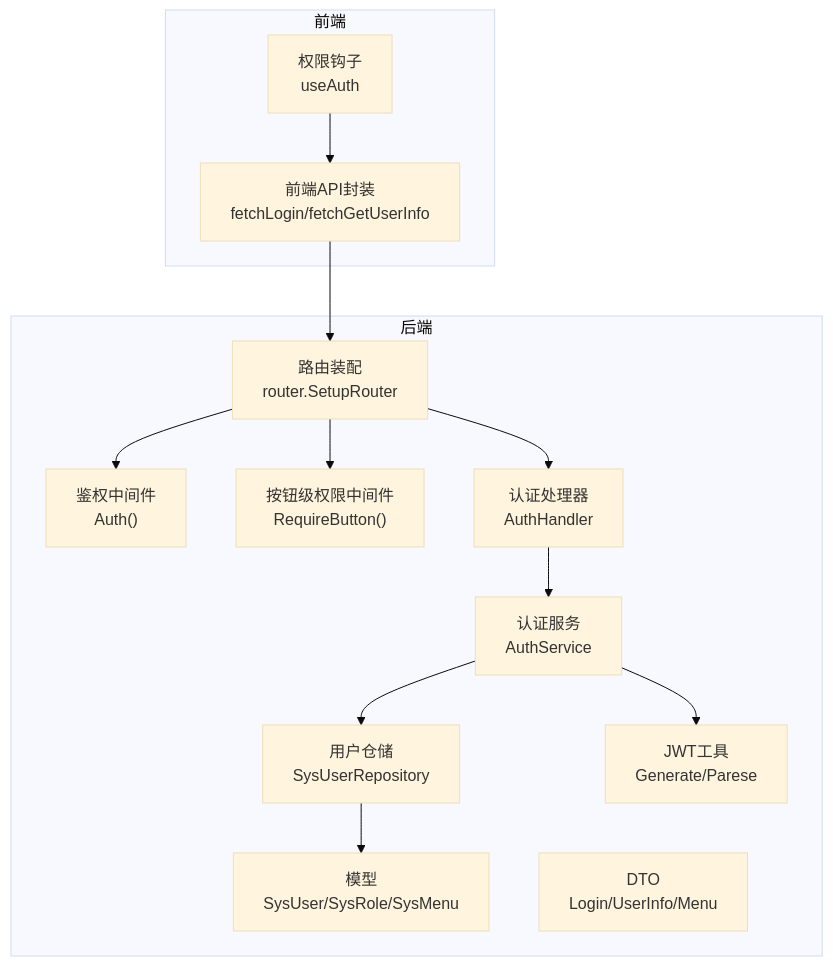
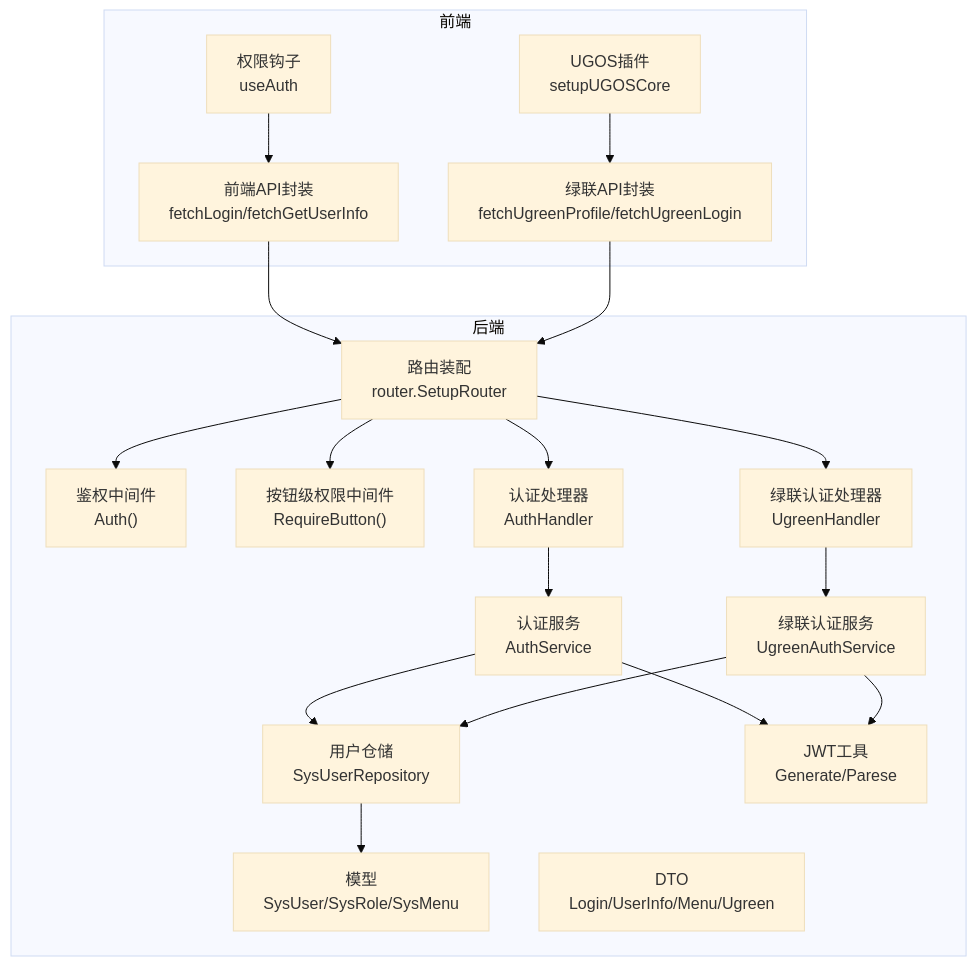
Before and after one commit to knifezred/boread: the first of 7 diagrams in .qoder/repowiki/zh/content/API接口文档/认证授权API.md, drawn with Mermaid (base theme). The commit also changed other lines of this file and 16 other files, not shown here.

````diff
--- a/.qoder/repowiki/zh/content/API接口文档/认证授权API.md
+++ b/.qoder/repowiki/zh/content/API接口文档/认证授权API.md
@@ -40,27 +60,37 @@
 ```mermaid
 graph TB
 subgraph "后端"
 R["路由装配<br/>router.SetupRouter"]
 M1["鉴权中间件<br/>Auth()"]
 M2["按钮级权限中间件<br/>RequireButton()"]
 H["认证处理器<br/>AuthHandler"]
+UH["绿联认证处理器<br/>UgreenHandler"]
 S["认证服务<br/>AuthService"]
+US["绿联认证服务<br/>UgreenAuthService"]
 Repo["用户仓储<br/>SysUserRepository"]
 Model["模型<br/>SysUser/SysRole/SysMenu"]
-DTO["DTO<br/>Login/UserInfo/Menu"]
+DTO["DTO<br/>Login/UserInfo/Menu/Ugreen"]
 JWT["JWT工具<br/>Generate/Parese"]
 end
 subgraph "前端"
 FE_API["前端API封装<br/>fetchLogin/fetchGetUserInfo"]
+UGREEN_API["绿联API封装<br/>fetchUgreenProfile/fetchUgreenLogin"]
 FE_HOOK["权限钩子<br/>useAuth"]
+UGREEN_PLUGIN["UGOS插件<br/>setupUGOSCore"]
 end
 FE_API --> R
+UGREEN_API --> R
 R --> M1
 R --> M2
 R --> H
+R --> UH
 H --> S
+UH --> US
 S --> Repo
+US --> Repo
 Repo --> Model
 S --> JWT
+US --> JWT
 FE_HOOK --> FE_API
+UGREEN_PLUGIN --> UGREEN_API
 ```
````
